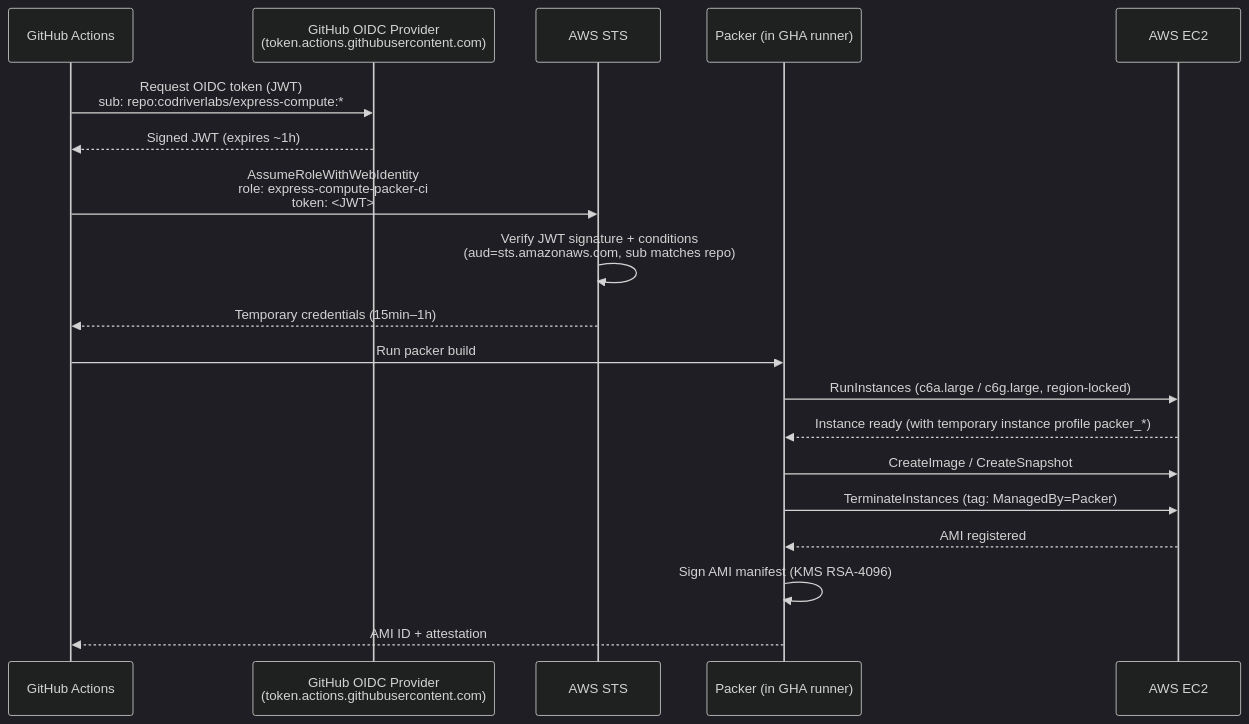
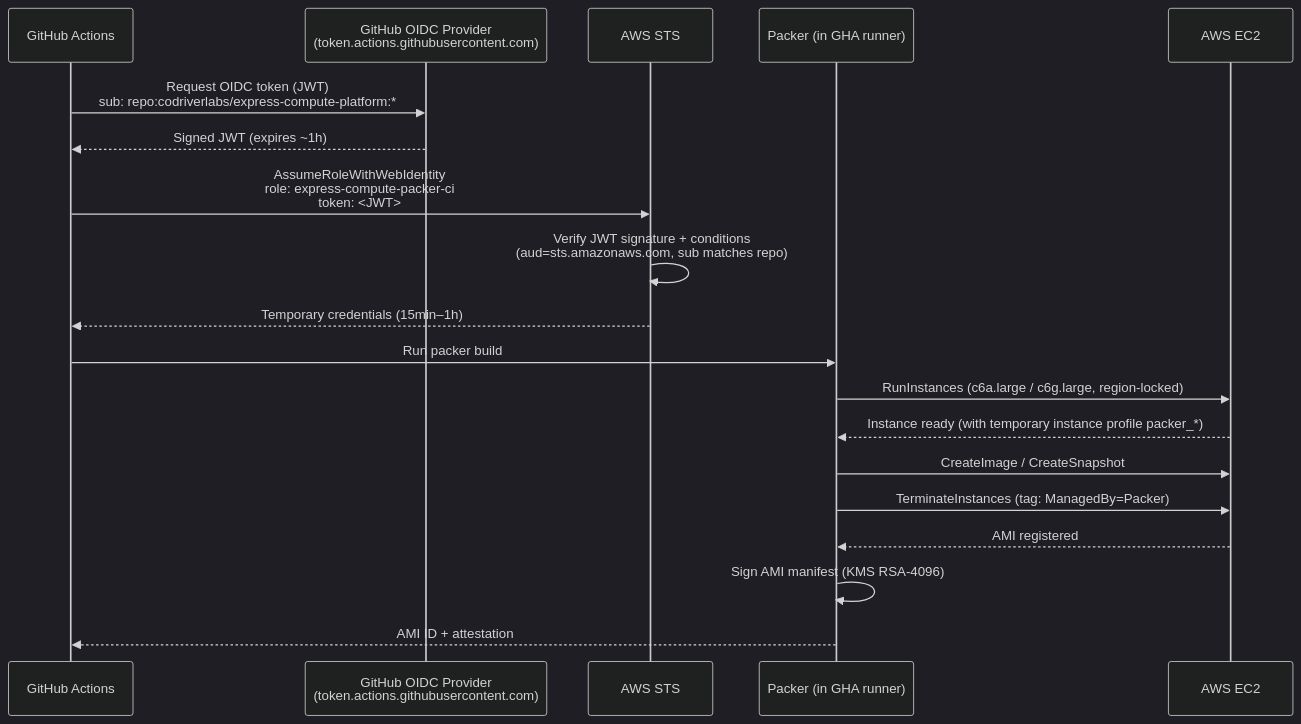
Before and after one commit to codriverlabs/express-compute-platform: the diagram in ami-builder/cdk/README.md, drawn with Mermaid (dark theme). The commit also changed other lines of this file and 4 other files, not shown here.

First line of the commit message:
fix: align OIDC trust policy with actual repo name (express-compute-platform)

````diff
--- a/ami-builder/cdk/README.md
+++ b/ami-builder/cdk/README.md
@@ -11,24 +11,24 @@
 ```mermaid
 sequenceDiagram
     participant GHA as GitHub Actions
     participant GHOIDC as GitHub OIDC Provider<br/>(token.actions.githubusercontent.com)
     participant STS as AWS STS
     participant Packer as Packer (in GHA runner)
     participant EC2 as AWS EC2
 
-    GHA->>GHOIDC: Request OIDC token (JWT)<br/>sub: repo:codriverlabs/express-compute:*
+    GHA->>GHOIDC: Request OIDC token (JWT)<br/>sub: repo:codriverlabs/express-compute-platform:*
     GHOIDC-->>GHA: Signed JWT (expires ~1h)
 
     GHA->>STS: AssumeRoleWithWebIdentity<br/>role: express-compute-packer-ci<br/>token: <JWT>
     STS->>STS: Verify JWT signature + conditions<br/>(aud=sts.amazonaws.com, sub matches repo)
     STS-->>GHA: Temporary credentials (15min–1h)
 
     GHA->>Packer: Run packer build
     Packer->>EC2: RunInstances (c6a.large / c6g.large, region-locked)
     EC2-->>Packer: Instance ready (with temporary instance profile packer_*)
     Packer->>EC2: CreateImage / CreateSnapshot
     Packer->>EC2: TerminateInstances (tag: ManagedBy=Packer)
     EC2-->>Packer: AMI registered
     Packer->>Packer: Sign AMI manifest (KMS RSA-4096)
     Packer-->>GHA: AMI ID + attestation
 ```
````
